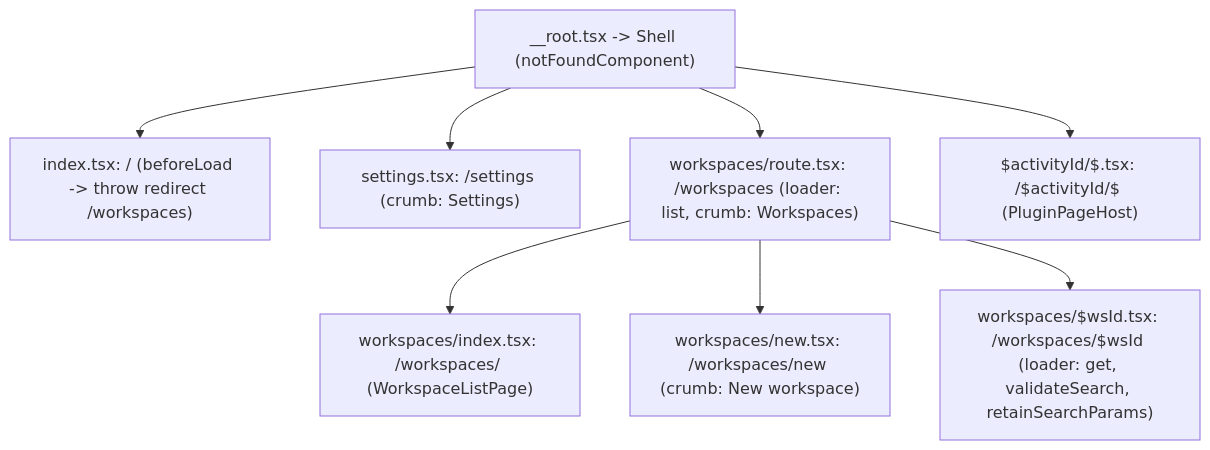
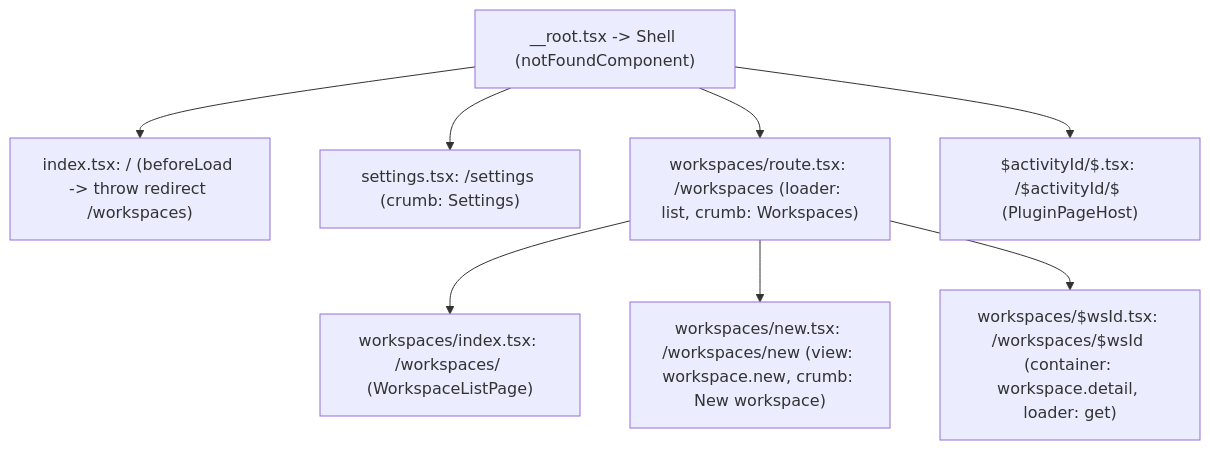
Before and after one commit to ppongtong/ide-shell: the third of 12 diagrams in docs/DESIGN.md, drawn with Mermaid. The commit also changed other lines of this file, not shown here.

Commit message:
Fix Mermaid sequenceDiagram syntax and sync DESIGN.md with plugin contracts

````diff
--- a/docs/DESIGN.md
+++ b/docs/DESIGN.md
@@ -140,12 +139,12 @@
 ```mermaid
 flowchart TD
     Root["__root.tsx -> Shell (notFoundComponent)"]
     Root --> Index["index.tsx: / (beforeLoad -> throw redirect /workspaces)"]
     Root --> Settings["settings.tsx: /settings (crumb: Settings)"]
     Root --> WsLayout["workspaces/route.tsx: /workspaces (loader: list, crumb: Workspaces)"]
     Root --> CatchAll["$activityId/$.tsx: /$activityId/$ (PluginPageHost)"]
 
     WsLayout --> WsIndex["workspaces/index.tsx: /workspaces/ (WorkspaceListPage)"]
-    WsLayout --> WsNew["workspaces/new.tsx: /workspaces/new (crumb: New workspace)"]
-    WsLayout --> WsDetail["workspaces/$wsId.tsx: /workspaces/$wsId (loader: get, validateSearch, retainSearchParams)"]
+    WsLayout --> WsNew["workspaces/new.tsx: /workspaces/new (view: workspace.new, crumb: New workspace)"]
+    WsLayout --> WsDetail["workspaces/$wsId.tsx: /workspaces/$wsId (container: workspace.detail, loader: get)"]
 ```
````
